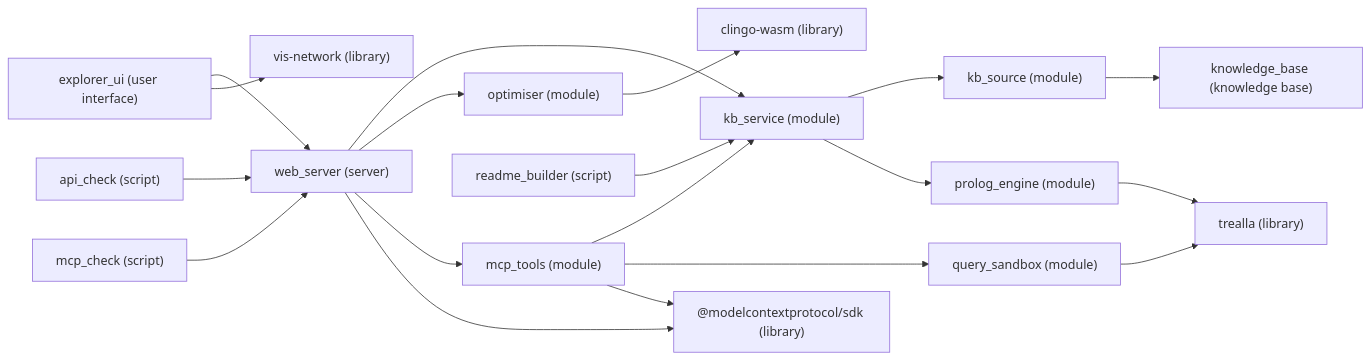
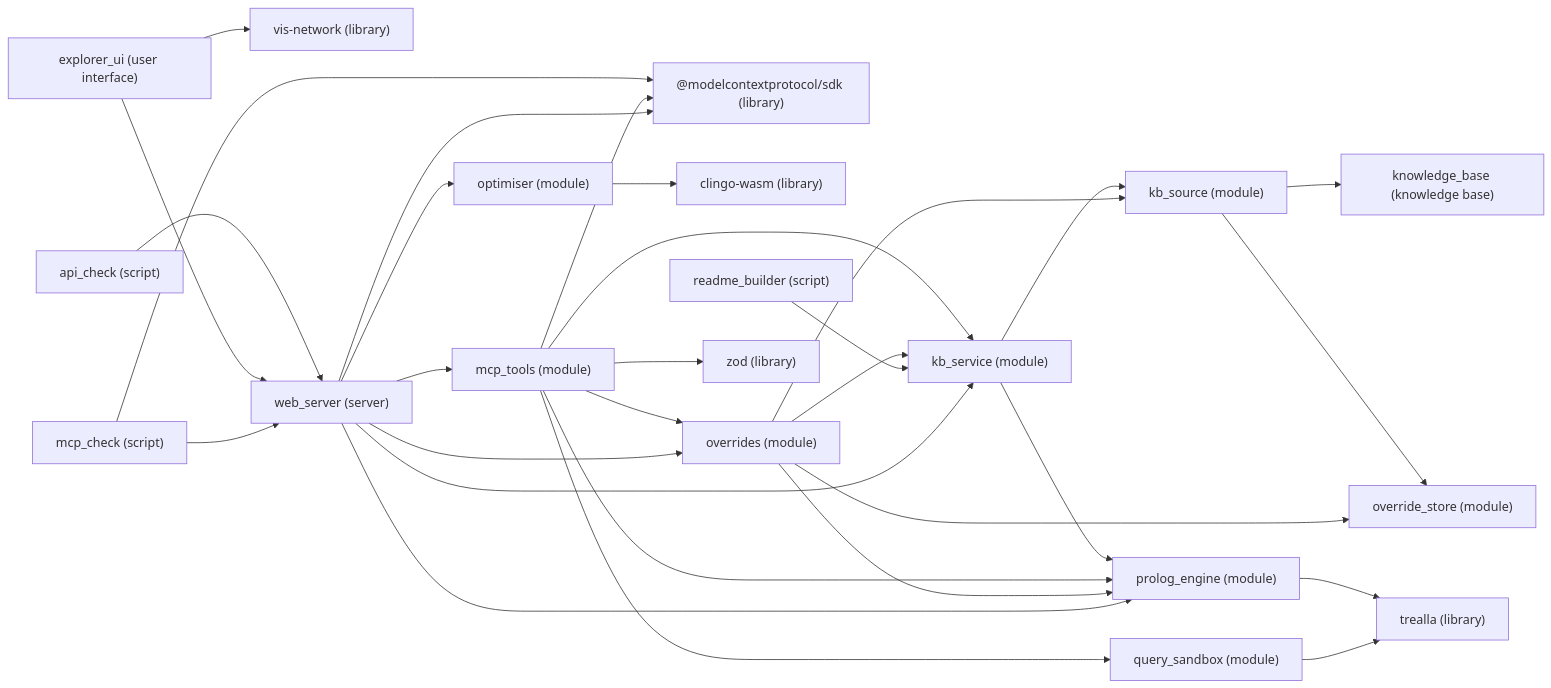
One commit to liquidityhouse/onboarding changed the diagram in README.md. Above: the diagram before and after it, drawn with Mermaid. The commit also changed other lines of this file and 7 other files, not shown here.

````diff
--- a/README.md
+++ b/README.md
@@ -11,37 +11,51 @@
 ```mermaid
 graph LR
   n0["@modelcontextprotocol/sdk (library)"]
   n1["api_check (script)"]
   n2["clingo-wasm (library)"]
   n3["explorer_ui (user interface)"]
   n4["kb_service (module)"]
   n5["kb_source (module)"]
   n6["knowledge_base (knowledge base)"]
   n7["mcp_check (script)"]
   n8["mcp_tools (module)"]
   n9["optimiser (module)"]
-  n10["prolog_engine (module)"]
-  n11["query_sandbox (module)"]
-  n12["readme_builder (script)"]
-  n13["trealla (library)"]
-  n14["vis-network (library)"]
-  n15["web_server (server)"]
-  n3 --> n15
-  n3 --> n14
-  n15 --> n4
-  n15 --> n9
-  n15 --> n8
-  n15 --> n0
+  n10["override_store (module)"]
+  n11["overrides (module)"]
+  n12["prolog_engine (module)"]
+  n13["query_sandbox (module)"]
+  n14["readme_builder (script)"]
+  n15["trealla (library)"]
+  n16["vis-network (library)"]
+  n17["web_server (server)"]
+  n18["zod (library)"]
+  n1 --> n17
+  n3 --> n16
+  n3 --> n17
+  n4 --> n5
+  n4 --> n12
+  n5 --> n6
+  n5 --> n10
+  n7 --> n0
+  n7 --> n17
+  n8 --> n0
   n8 --> n4
   n8 --> n11
-  n8 --> n0
-  n4 --> n5
-  n4 --> n10
-  n5 --> n6
-  n10 --> n13
-  n11 --> n13
+  n8 --> n12
+  n8 --> n13
+  n8 --> n18
   n9 --> n2
-  n12 --> n4
-  n1 --> n15
-  n7 --> n15
+  n11 --> n4
+  n11 --> n5
+  n11 --> n10
+  n11 --> n12
+  n12 --> n15
+  n13 --> n15
+  n14 --> n4
+  n17 --> n0
+  n17 --> n4
+  n17 --> n8
+  n17 --> n9
+  n17 --> n11
+  n17 --> n12
 ```
````
